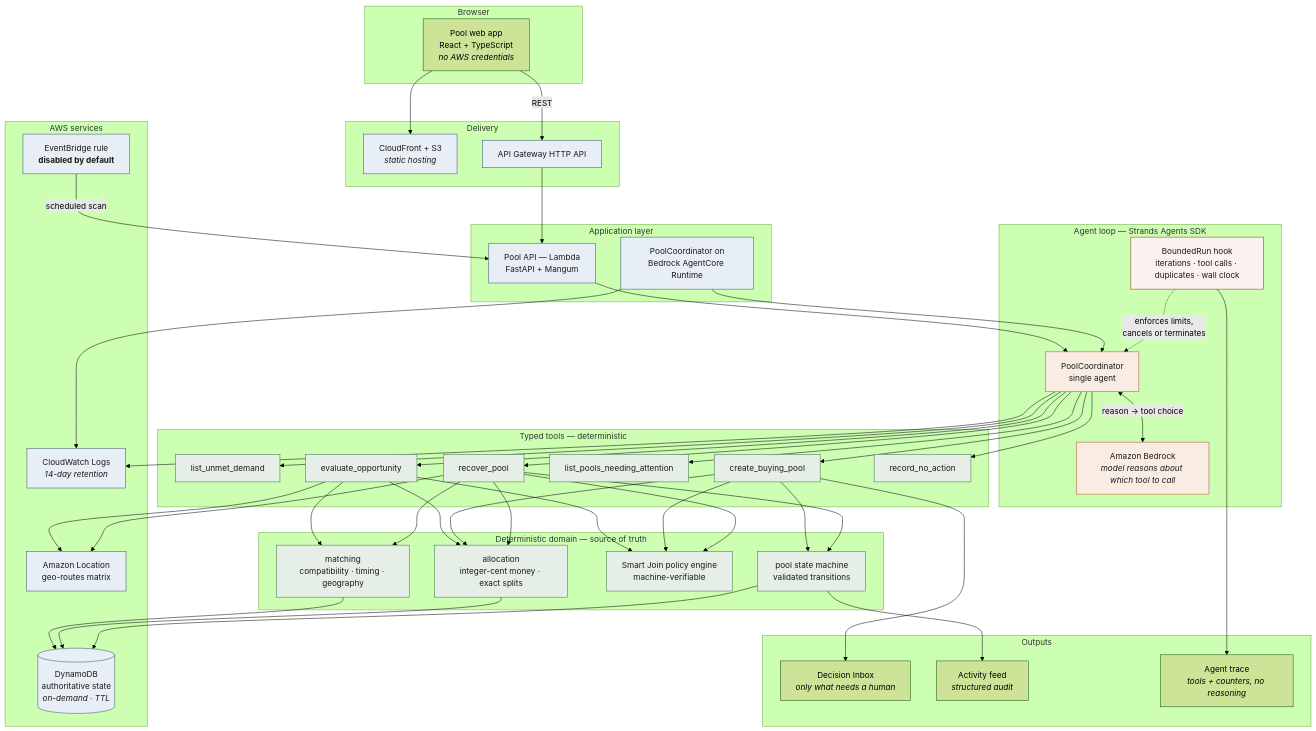
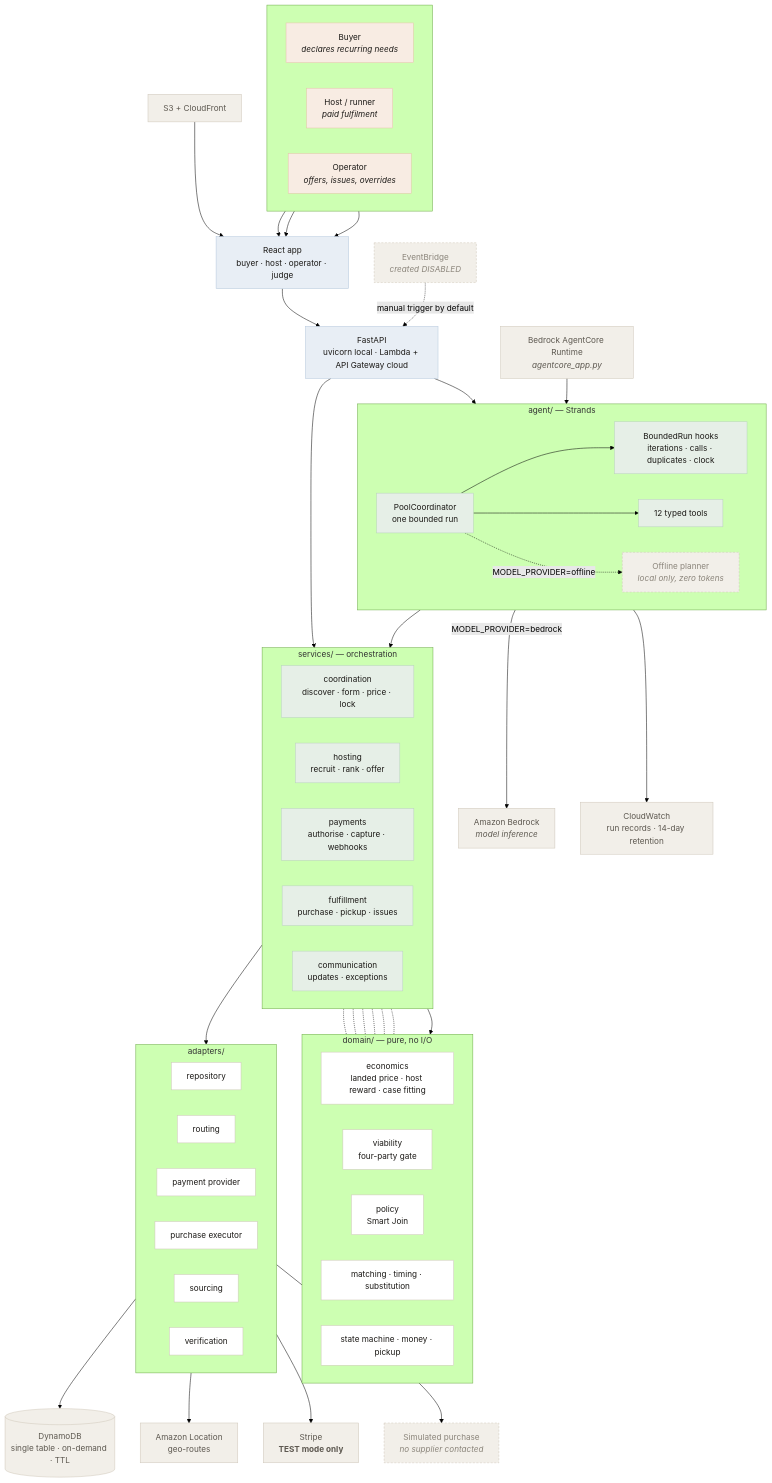
One commit to nimarco/pool changed the diagram in docs/architecture.mmd. Above: the diagram before and after it, drawn with Mermaid (forest theme). The commit also changed 68 other files, not shown here.

Commit message:
Complete canonical local Pool implementation

```diff
--- a/docs/architecture.mmd
+++ b/docs/architecture.mmd
@@ -1,89 +1,99 @@
-%% Pool — system architecture
-%% Only services that are actually implemented appear here.
+%% Pool — implemented architecture.
+%% Everything on this diagram exists in the repository. Nothing aspirational appears
+%% here; future work is listed in ARCHITECTURE.md and PILOT_READINESS.md instead.
 %% Render: npx -y @mermaid-js/mermaid-cli -i docs/architecture.mmd -o docs/architecture.svg
 flowchart TB
-    subgraph client["Browser"]
-        WEB["Pool web app<br/>React + TypeScript<br/><i>no AWS credentials</i>"]
+    classDef people fill:#f8ece3,stroke:#e5c4a9,color:#1c1a17
+    classDef edge fill:#e8eef5,stroke:#b6c8dd,color:#1c1a17
+    classDef agent fill:#e6efe7,stroke:#b9d2be,color:#1c1a17
+    classDef pure fill:#ffffff,stroke:#cfc7ba,color:#1c1a17
+    classDef ext fill:#f2efe9,stroke:#cfc7ba,color:#5d5850
+    classDef off fill:#f2efe9,stroke:#cfc7ba,color:#8b857b,stroke-dasharray: 4 3
+
+    subgraph HUMANS[" "]
+        direction LR
+        BUYER["Buyer<br/><i>declares recurring needs</i>"]:::people
+        HOST["Host / runner<br/><i>paid fulfilment</i>"]:::people
+        OP["Operator<br/><i>offers, issues, overrides</i>"]:::people
     end
 
-    subgraph edge["Delivery"]
-        CF["CloudFront + S3<br/><i>static hosting</i>"]
-        APIGW["API Gateway HTTP API"]
+    WEB["React app<br/>buyer · host · operator · judge"]:::edge
+    CDN["S3 + CloudFront"]:::ext
+    API["FastAPI<br/>uvicorn local · Lambda + API Gateway cloud"]:::edge
+
+    subgraph SVC["services/ — orchestration"]
+        direction LR
+        COORD["coordination<br/>discover · form · price · lock"]:::agent
+        HOSTS["hosting<br/>recruit · rank · offer"]:::agent
+        PAY["payments<br/>authorise · capture · webhooks"]:::agent
+        FULF["fulfillment<br/>purchase · pickup · issues"]:::agent
+        COMMS["communication<br/>updates · exceptions"]:::agent
     end
 
-    subgraph compute["Application layer"]
-        API["Pool API — Lambda<br/>FastAPI + Mangum"]
-        AC["PoolCoordinator on<br/>Bedrock AgentCore Runtime"]
+    subgraph AGENT["agent/ — Strands"]
+        direction LR
+        LOOP["PoolCoordinator<br/>one bounded run"]:::agent
+        TOOLS["12 typed tools"]:::agent
+        BOUNDS["BoundedRun hooks<br/>iterations · calls · duplicates · clock"]:::agent
+        PLAN["Offline planner<br/><i>local only, zero tokens</i>"]:::off
     end
 
-    subgraph agent["Agent loop — Strands Agents SDK"]
-        LOOP["PoolCoordinator<br/>single agent"]
-        BOUNDS["BoundedRun hook<br/>iterations · tool calls · duplicates · wall clock"]
-        BR["Amazon Bedrock<br/><i>model reasons about which tool to call</i>"]
+    subgraph DOMAIN["domain/ — pure, no I/O"]
+        direction LR
+        ECON["economics<br/>landed price · host reward · case fitting"]:::pure
+        VIA["viability<br/>four-party gate"]:::pure
+        POL["policy<br/>Smart Join"]:::pure
+        MATCH["matching · timing · substitution"]:::pure
+        STATE["state machine · money · pickup"]:::pure
     end
 
-    subgraph tools["Typed tools — deterministic"]
-        T1["list_unmet_demand"]
-        T2["evaluate_opportunity"]
-        T3["create_buying_pool"]
-        T4["list_pools_needing_attention"]
-        T5["recover_pool"]
-        T6["record_no_action"]
+    subgraph ADAPT["adapters/"]
+        direction LR
+        REPO["repository"]:::pure
+        ROUTE["routing"]:::pure
+        PAYP["payment provider"]:::pure
+        PURCH["purchase executor"]:::pure
+        SRC["sourcing"]:::pure
+        VER["verification"]:::pure
     end
 
-    subgraph domain["Deterministic domain — source of truth"]
-        MATCH["matching<br/>compatibility · timing · geography"]
-        ALLOC["allocation<br/>integer-cent money · exact splits"]
-        POLICY["Smart Join policy engine<br/>machine-verifiable"]
-        FSM["pool state machine<br/>validated transitions"]
-    end
+    BEDROCK["Amazon Bedrock<br/><i>model inference</i>"]:::ext
+    AGENTCORE["Bedrock AgentCore Runtime<br/><i>agentcore_app.py</i>"]:::ext
+    DDB[("DynamoDB<br/>single table · on-demand · TTL")]:::ext
+    LOC["Amazon Location<br/>geo-routes"]:::ext
+    EB["EventBridge<br/><i>created DISABLED</i>"]:::off
+    CW["CloudWatch<br/>run records · 14-day retention"]:::ext
+    STRIPE["Stripe<br/><b>TEST mode only</b>"]:::ext
+    SIMBUY["Simulated purchase<br/><i>no supplier contacted</i>"]:::off
 
-    subgraph aws["AWS services"]
-        DDB[("DynamoDB<br/>authoritative state<br/><i>on-demand · TTL</i>")]
-        LOC["Amazon Location<br/>geo-routes matrix"]
-        EB["EventBridge rule<br/><b>disabled by default</b>"]
-        CW["CloudWatch Logs<br/><i>14-day retention</i>"]
-    end
+    BUYER --> WEB
+    HOST --> WEB
+    OP --> WEB
+    CDN --> WEB
+    WEB --> API
+    API --> SVC
+    API --> LOOP
 
-    subgraph out["Outputs"]
-        INBOX["Decision Inbox<br/><i>only what needs a human</i>"]
-        ACT["Activity feed<br/><i>structured audit</i>"]
-        TRACE["Agent trace<br/><i>tools + counters, no reasoning</i>"]
-    end
+    LOOP --> BOUNDS
+    LOOP --> TOOLS
+    LOOP -.->|"MODEL_PROVIDER=offline"| PLAN
+    LOOP -->|"MODEL_PROVIDER=bedrock"| BEDROCK
+    AGENTCORE --> LOOP
+    EB -.->|"manual trigger by default"| API
 
-    WEB --> CF
-    WEB -->|"REST"| APIGW --> API
-    EB -->|"scheduled scan"| API
-    API --> LOOP
-    AC --> LOOP
+    TOOLS --> SVC
+    SVC --> DOMAIN
+    SVC --> ADAPT
 
-    LOOP <-->|"reason → tool choice"| BR
-    BOUNDS -.->|"enforces limits,<br/>cancels or terminates"| LOOP
-    LOOP --> T1 & T2 & T3 & T4 & T5 & T6
+    REPO --> DDB
+    ROUTE --> LOC
+    PAYP --> STRIPE
+    PURCH --> SIMBUY
+    LOOP --> CW
 
-    T2 --> MATCH & ALLOC & POLICY
-    T3 --> ALLOC & POLICY & FSM
-    T5 --> MATCH & ALLOC & POLICY & FSM
-
-    MATCH --> DDB
-    ALLOC --> DDB
-    FSM --> DDB
-    T2 --> LOC
-    T5 --> LOC
-
-    LOOP --> CW
-    AC --> CW
-
-    T3 --> INBOX
-    FSM --> ACT
-    BOUNDS --> TRACE
-
-    classDef det fill:#e6efe7,stroke:#3f6b4f,color:#1c1a17
-    classDef ai fill:#f8ece3,stroke:#a8562c,color:#1c1a17
-    classDef awsc fill:#e8eef5,stroke:#37506b,color:#1c1a17
-    classDef guard fill:#fdf1ef,stroke:#8f3222,color:#1c1a17
-
-    class MATCH,ALLOC,POLICY,FSM,T1,T2,T3,T4,T5,T6 det
-    class BR,LOOP ai
-    class DDB,LOC,EB,CW,APIGW,CF,API,AC awsc
-    class BOUNDS guard
+    COORD -.- ECON
+    COORD -.- VIA
+    COORD -.- POL
+    HOSTS -.- ECON
+    PAY -.- STATE
+    FULF -.- STATE
```
